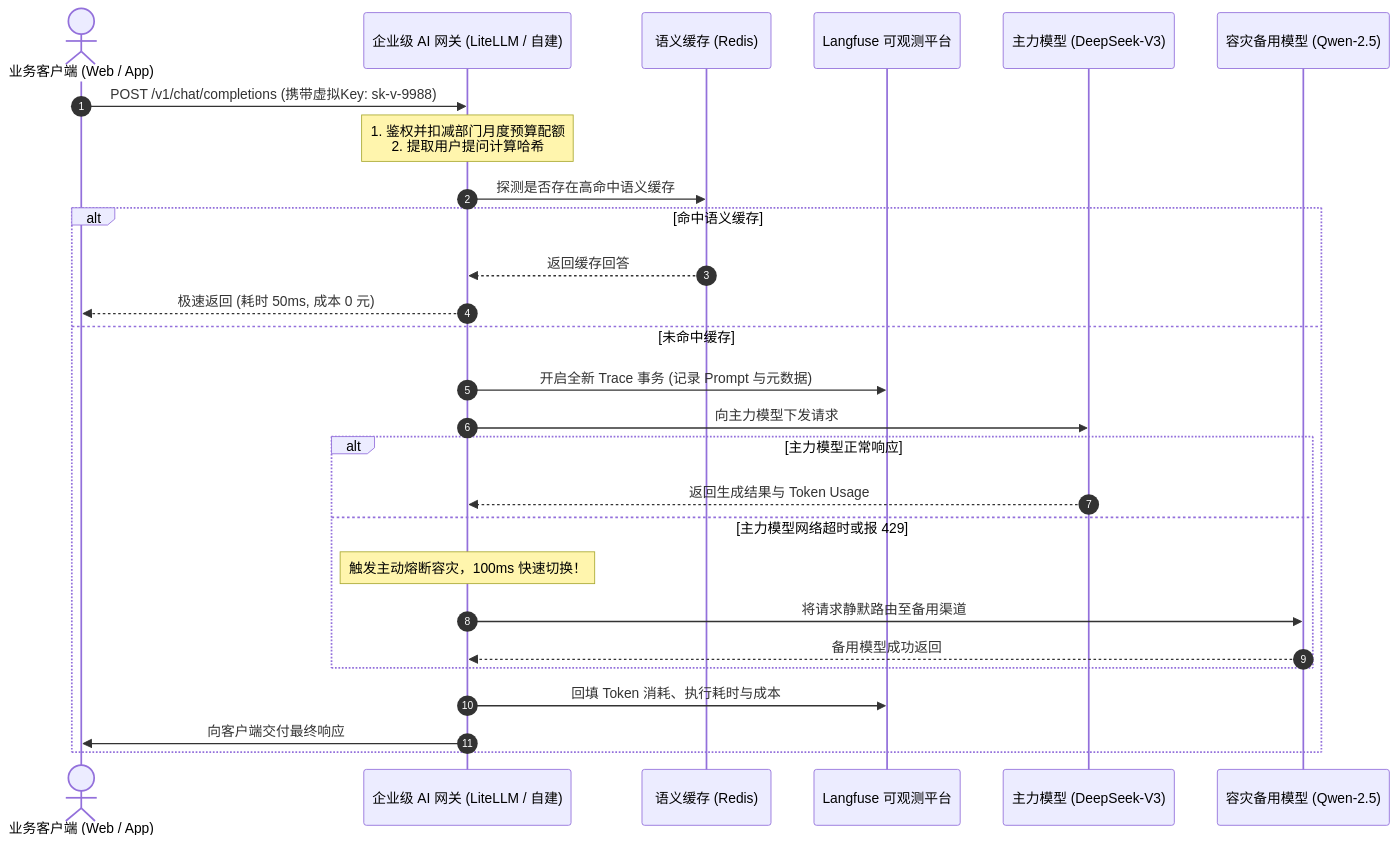
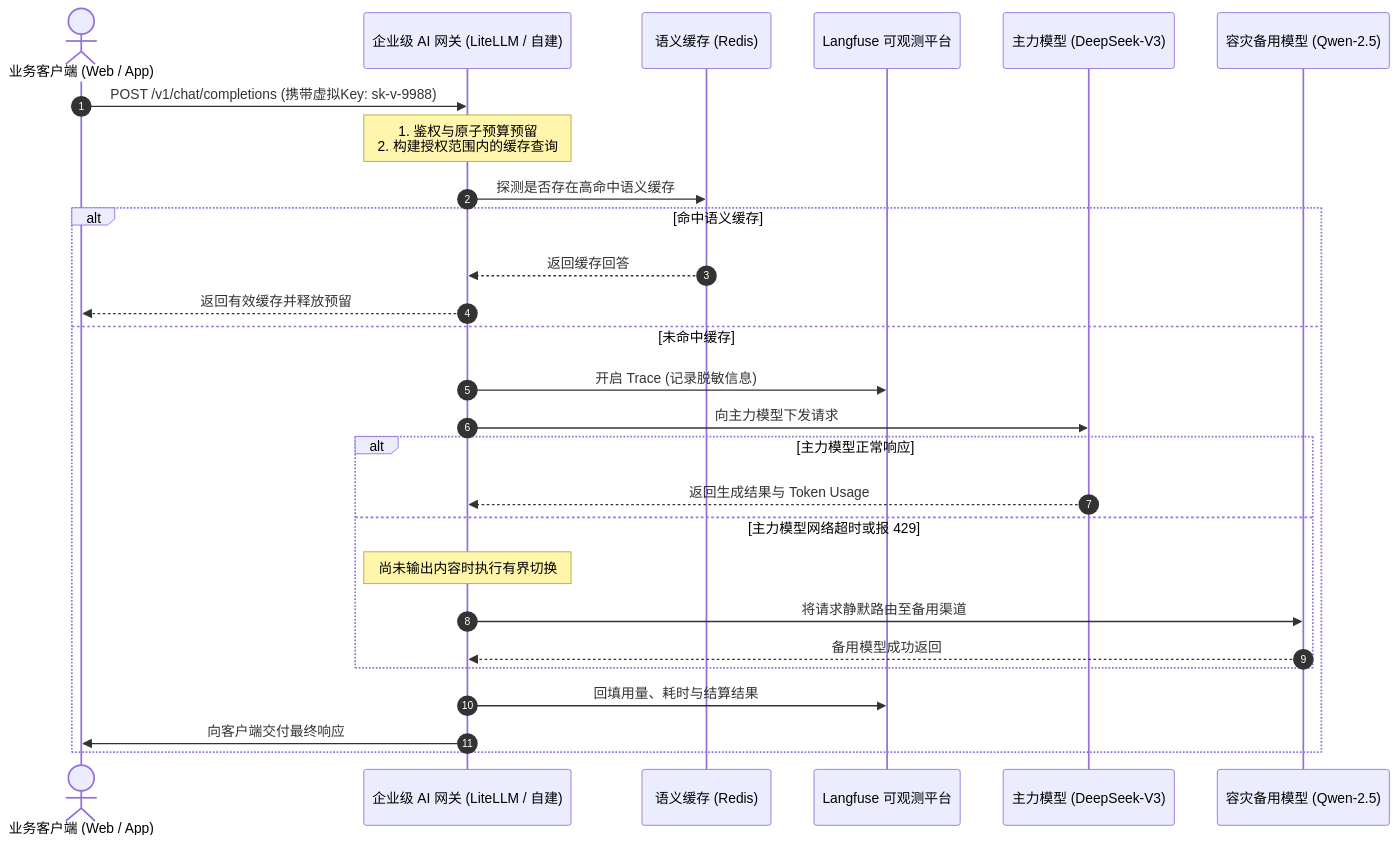
One commit to GuoWWWX/knowledge-base changed the second of 3 diagrams in 10-AI应用开发/06-平台与工程化/00-AI平台与工程化全景心智模型.md. Above: the diagram before and after it, drawn with Mermaid. The commit also changed other lines of this file and 251 other files, not shown here.

````diff
--- a/10-AI应用开发/06-平台与工程化/00-AI平台与工程化全景心智模型.md
+++ b/10-AI应用开发/06-平台与工程化/00-AI平台与工程化全景心智模型.md
@@ -124,30 +105,30 @@
 ```mermaid
 sequenceDiagram
     autonumber
     actor User as 业务客户端 (Web / App)
     participant GW as 企业级 AI 网关 (LiteLLM / 自建)
     participant Cache as 语义缓存 (Redis)
     participant Trace as Langfuse 可观测平台
     participant LLM as 主力模型 (DeepSeek-V3)
     participant Backup as 容灾备用模型 (Qwen-2.5)
 
     User->>GW: POST /v1/chat/completions (携带虚拟Key: sk-v-9988)
-    Note over GW: 1. 鉴权并扣减部门月度预算配额<br/>2. 提取用户提问计算哈希
+    Note over GW: 1. 鉴权与原子预算预留<br/>2. 构建授权范围内的缓存查询
     GW->>Cache: 探测是否存在高命中语义缓存
     alt 命中语义缓存
         Cache-->>GW: 返回缓存回答
-        GW-->>User: 极速返回 (耗时 50ms, 成本 0 元)
+        GW-->>User: 返回有效缓存并释放预留
     else 未命中缓存
-        GW->>Trace: 开启全新 Trace 事务 (记录 Prompt 与元数据)
+        GW->>Trace: 开启 Trace (记录脱敏信息)
         GW->>LLM: 向主力模型下发请求
         alt 主力模型正常响应
             LLM-->>GW: 返回生成结果与 Token Usage
         else 主力模型网络超时或报 429
-            Note over GW: 触发主动熔断容灾，100ms 快速切换！
+            Note over GW: 尚未输出内容时执行有界切换
             GW->>Backup: 将请求静默路由至备用渠道
             Backup-->>GW: 备用模型成功返回
         end
-        GW->>Trace: 回填 Token 消耗、执行耗时与成本
+        GW->>Trace: 回填用量、耗时与结算结果
         GW->>User: 向客户端交付最终响应
     end
 ```
````
